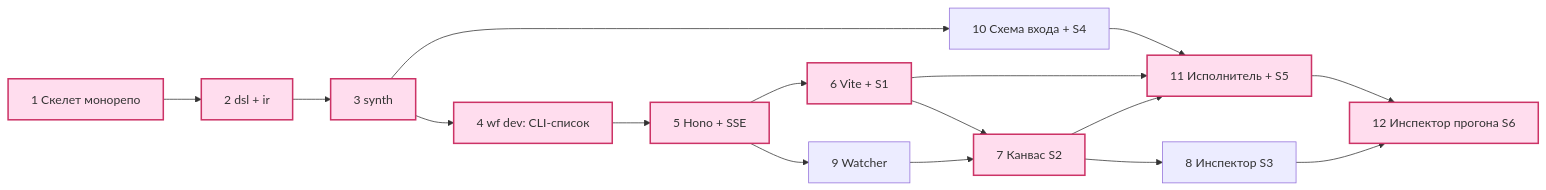
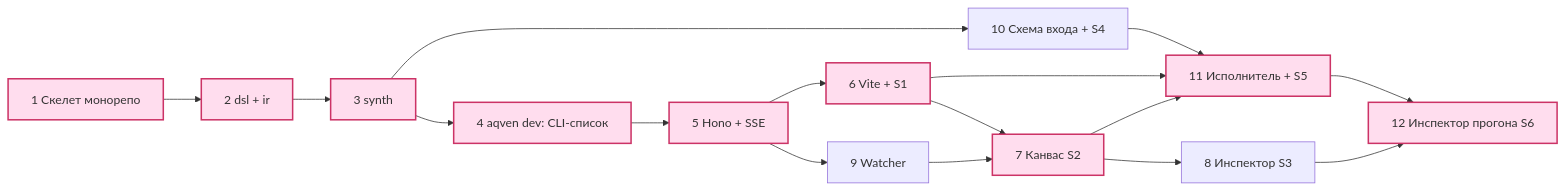
Before and after one commit to lastonoga/AQVEN: the diagram in docs/playground/build-order.md, drawn with Mermaid. The commit also changed other lines of this file and 476 other files, not shown here.

````diff
--- a/docs/playground/build-order.md
+++ b/docs/playground/build-order.md
@@ -25,20 +25,20 @@
 ```mermaid
 graph LR
   S1[1 Скелет монорепо] --> S2[2 dsl + ir]
   S2 --> S3[3 synth]
-  S3 --> S4[4 wf dev: CLI-список]
+  S3 --> S4[4 aqven dev: CLI-список]
   S4 --> S5[5 Hono + SSE]
   S5 --> S6[6 Vite + S1]
   S6 --> S7[7 Канвас S2]
   S7 --> S8[8 Инспектор S3]
   S5 --> S9[9 Watcher]
   S9 --> S7
   S3 --> S10[10 Схема входа + S4]
   S10 --> S11[11 Исполнитель + S5]
   S6 --> S11
   S7 --> S11
   S11 --> S12[12 Инспектор прогона S6]
   S8 --> S12
   classDef crit fill:#fde,stroke:#c36,stroke-width:2px
   class S1,S2,S3,S4,S5,S6,S7,S11,S12 crit
 ```
````
